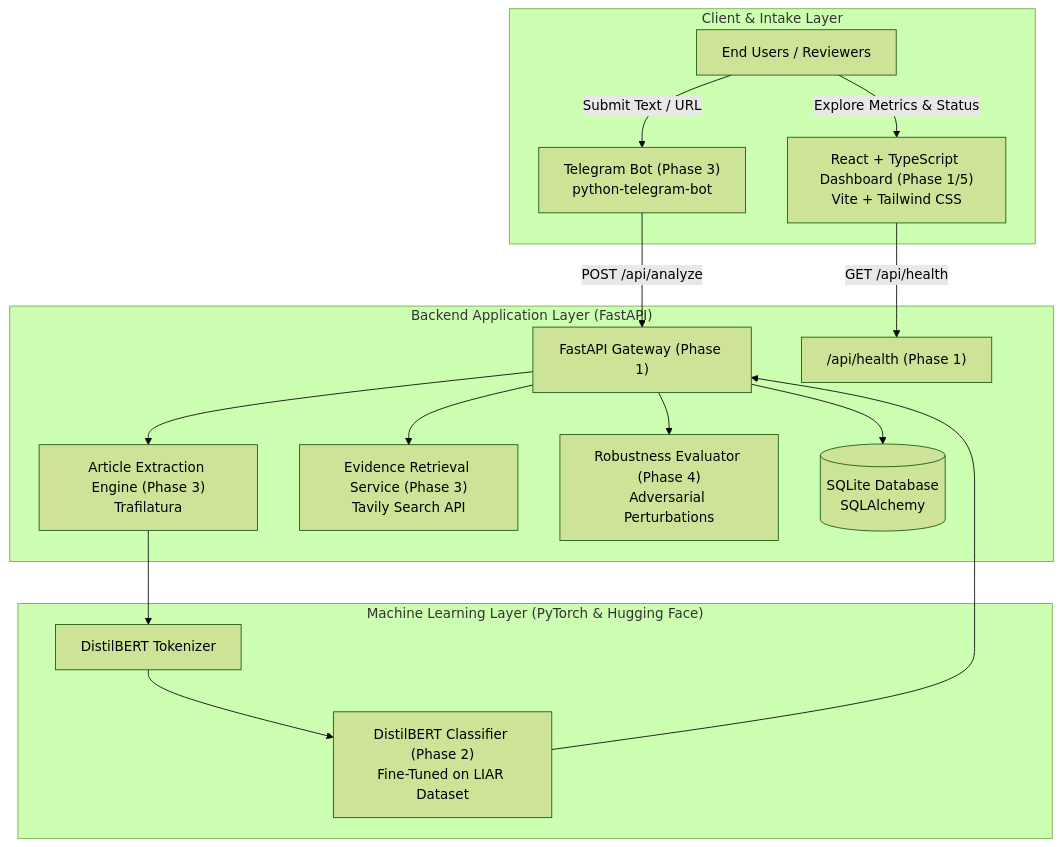
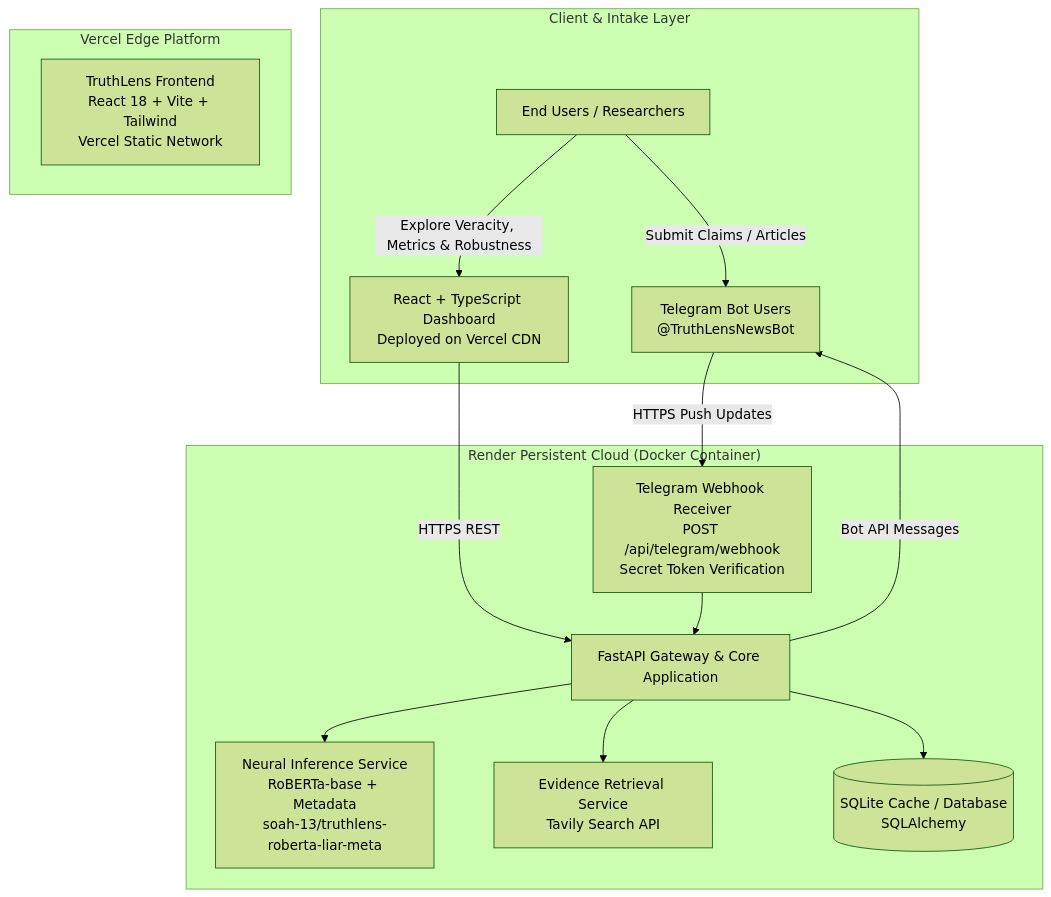
The diagram in docs/ARCHITECTURE.md (Soah1312/TruthLens), drawn with Mermaid (forest theme) before and after one commit. The commit also changed other lines of this file and 18 other files, not shown here.

Commit message:
feat(prod): implement Telegram webhook, Render Docker container, and Vercel frontend integration

````diff
--- a/docs/ARCHITECTURE.md
+++ b/docs/ARCHITECTURE.md
@@ -9,35 +9,31 @@
 ```mermaid
 flowchart TD
     subgraph ClientLayer["Client & Intake Layer"]
-        TG["Telegram Bot (Phase 3)\npython-telegram-bot"]
-        WEB["React + TypeScript Dashboard (Phase 1/5)\nVite + Tailwind CSS"]
-        USER["End Users / Reviewers"]
-        USER -->|Submit Text / URL| TG
-        USER -->|Explore Metrics & Status| WEB
+        TG["Telegram Bot Users\n@TruthLensNewsBot"]
+        WEB["React + TypeScript Dashboard\nDeployed on Vercel CDN"]
+        USER["End Users / Researchers"]
+        USER -->|Submit Claims / Articles| TG
+        USER -->|Explore Veracity, Metrics & Robustness| WEB
     end
 
-    subgraph BackendLayer["Backend Application Layer (FastAPI)"]
-        API["FastAPI Gateway (Phase 1)"]
-        HEALTH["/api/health (Phase 1)"]
-        INGEST["Article Extraction Engine (Phase 3)\nTrafilatura"]
-        SEARCH["Evidence Retrieval Service (Phase 3)\nTavily Search API"]
-        ROBUST["Robustness Evaluator (Phase 4)\nAdversarial Perturbations"]
-        DB[(SQLite Database\nSQLAlchemy)]
+    subgraph HostingFrontend["Vercel Edge Platform"]
+        VERCEL["TruthLens Frontend\nReact 18 + Vite + Tailwind\nVercel Static Network"]
     end
 
-    subgraph MLLayer["Machine Learning Layer (PyTorch & Hugging Face)"]
-        MODEL["DistilBERT Classifier (Phase 2)\nFine-Tuned on LIAR Dataset"]
-        TOKENIZER["DistilBERT Tokenizer"]
+    subgraph HostingBackend["Render Persistent Cloud (Docker Container)"]
+        FASTAPI["FastAPI Gateway & Core Application"]
+        ROBERTA["Neural Inference Service\nRoBERTa-base + Metadata\nsoah-13/truthlens-roberta-liar-meta"]
+        TAVILY["Evidence Retrieval Service\nTavily Search API"]
+        WEBHOOK["Telegram Webhook Receiver\nPOST /api/telegram/webhook\nSecret Token Verification"]
+        DB[(SQLite Cache / Database\nSQLAlchemy)]
     end
 
     %% Communications
-    TG -->|POST /api/analyze| API
-    WEB -->|GET /api/health| HEALTH
-    API --> INGEST
-    API --> SEARCH
-    API --> ROBUST
-    API --> DB
-    INGEST --> TOKENIZER
-    TOKENIZER --> MODEL
-    MODEL --> API
+    WEB -->|HTTPS REST| FASTAPI
+    TG -->|HTTPS Push Updates| WEBHOOK
+    WEBHOOK --> FASTAPI
+    FASTAPI --> ROBERTA
+    FASTAPI --> TAVILY
+    FASTAPI --> DB
+    FASTAPI -->|Bot API Messages| TG
 ```
````
